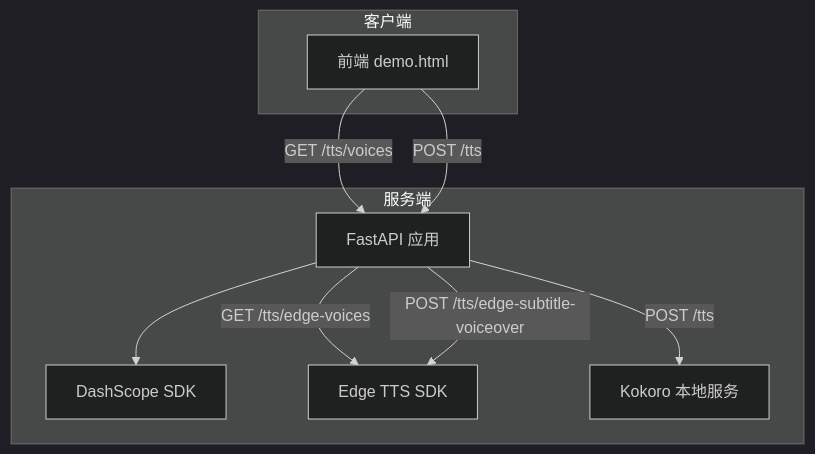
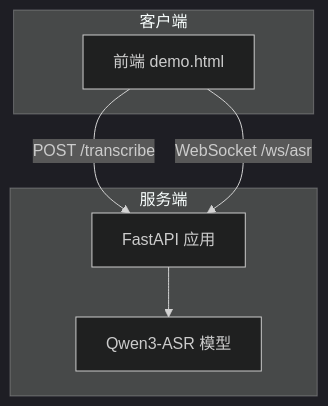
The second of 7 diagrams in .qoder/repowiki/zh/content/语音合成服务/语音合成服务.md (1024dashen/Vue3Speech), drawn with Mermaid (dark theme) before and after one commit. The commit also changed other lines of this file and 6 other files, not shown here.

````diff
--- a/.qoder/repowiki/zh/content/语音合成服务/语音合成服务.md
+++ b/.qoder/repowiki/zh/content/语音合成服务/语音合成服务.md
@@ -112,18 +93,13 @@
 ```mermaid
 graph TB
 subgraph "客户端"
 FE["前端 demo.html"]
 end
 subgraph "服务端"
 API["FastAPI 应用"]
-DS["DashScope SDK"]
-ET["Edge TTS SDK"]
-KO["Kokoro 本地服务"]
+ASR["Qwen3-ASR 模型"]
 end
-FE --> |"GET /tts/voices"| API
-FE --> |"POST /tts"| API
-API --> DS
-API --> |"GET /tts/edge-voices"| ET
-API --> |"POST /tts/edge-subtitle-voiceover"| ET
-API --> |"POST /tts"| KO
+FE --> |"POST /transcribe"| API
+FE --> |"WebSocket /ws/asr"| API
+API --> ASR
 ```
````
